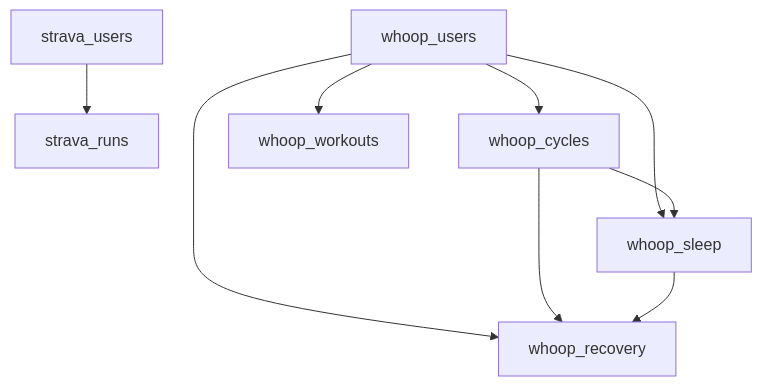
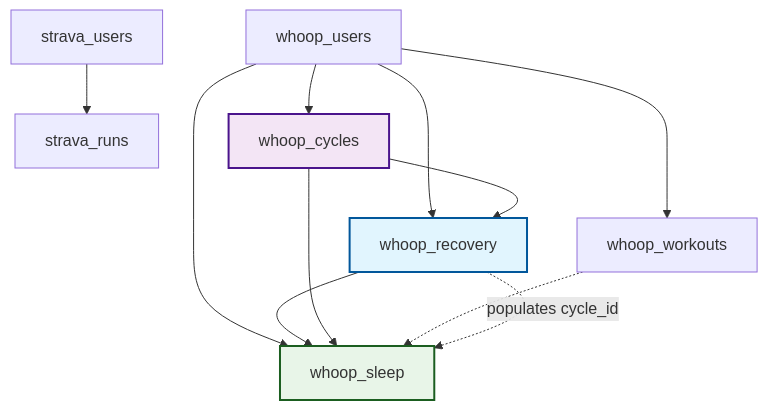
The diagram in docs/database-schema-documentation.md (camilojourney/camilomartinez-portfolio), drawn with Mermaid before and after one commit. The commit also changed other lines of this file and 32 other files, not shown here.

````diff
--- a/docs/database-schema-documentation.md
+++ b/docs/database-schema-documentation.md
@@ -319,11 +343,21 @@
 ```mermaid
 graph TD
     A[strava_users] --> B[strava_runs]
     C[whoop_users] --> D[whoop_cycles]
     C[whoop_users] --> E[whoop_workouts]
     C[whoop_users] --> F[whoop_sleep]
     C[whoop_users] --> G[whoop_recovery]
+    
+    %% WHOOP API v2 relationships
+    D[whoop_cycles] --> G[whoop_recovery]
+    G[whoop_recovery] --> F[whoop_sleep]
     D[whoop_cycles] --> F[whoop_sleep]
-    D[whoop_cycles] --> G[whoop_recovery]
-    F[whoop_sleep] --> G[whoop_recovery]
+    E[whoop_workouts] -.-> F[whoop_sleep]
+    
+    %% Style recovery as bridge
+    G -.->|"populates cycle_id"| F
+    
+    style G fill:#e1f5fe,stroke:#01579b,stroke-width:2px
+    style D fill:#f3e5f5,stroke:#4a148c,stroke-width:2px
+    style F fill:#e8f5e8,stroke:#1b5e20,stroke-width:2px
 ```
````
